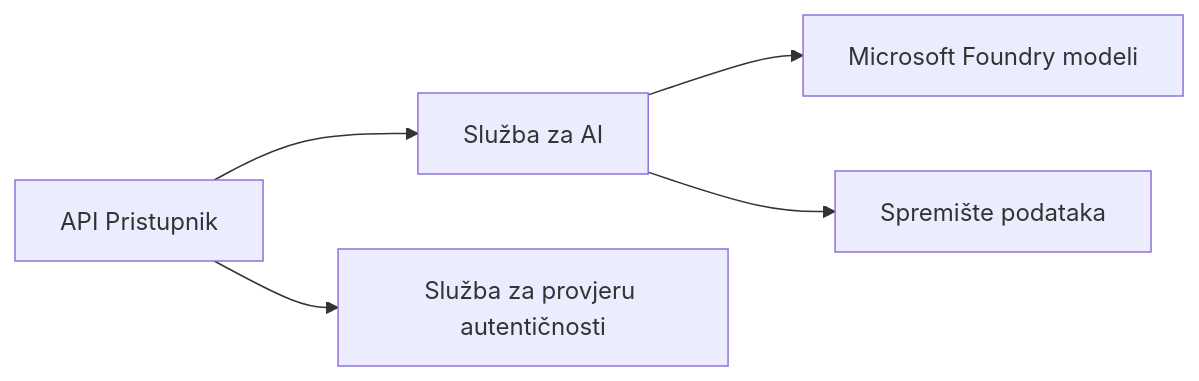
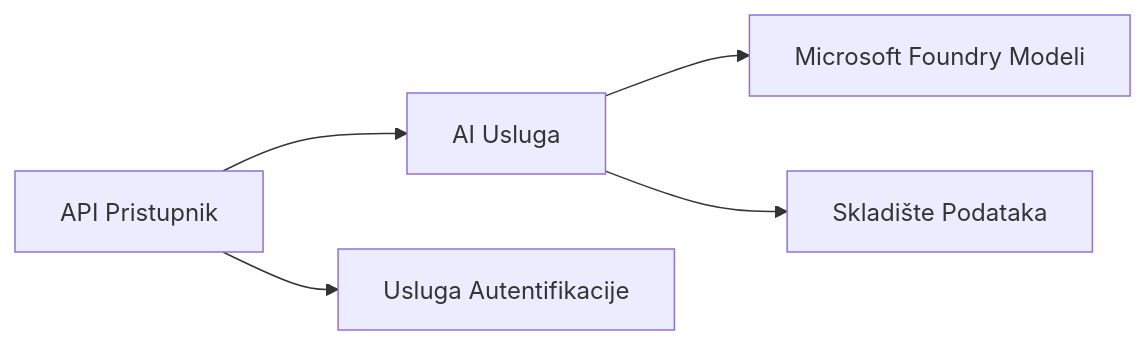
One commit to microsoft/AZD-for-beginners changed the first of 2 diagrams in translations/hr/docs/chapter-08-production/README.md. Above: the diagram before and after it, drawn with Mermaid. The commit also changed other lines of this file and 101 other files, not shown here.

````diff
--- a/translations/hr/docs/chapter-08-production/README.md
+++ b/translations/hr/docs/chapter-08-production/README.md
@@ -46,6 +48,6 @@
 ```mermaid
 graph LR
-    Gateway[API Pristupnik] --> AI[Služba za AI] --> Models[Microsoft Foundry modeli]
-    Gateway --> Auth[Služba za provjeru autentičnosti]
-    AI --> Data[Spremište podataka]
+    Gateway[API Pristupnik] --> AI[AI Usluga] --> Models[Microsoft Foundry Modeli]
+    Gateway --> Auth[Usluga Autentifikacije]
+    AI --> Data[Skladište Podataka]
 ```
````
